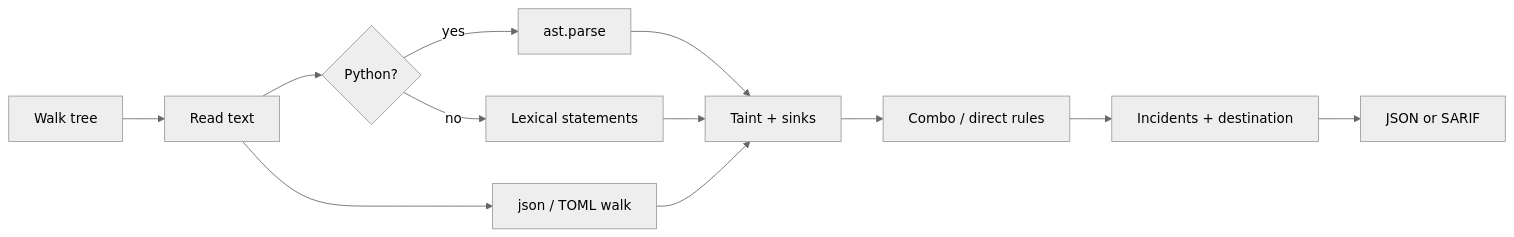
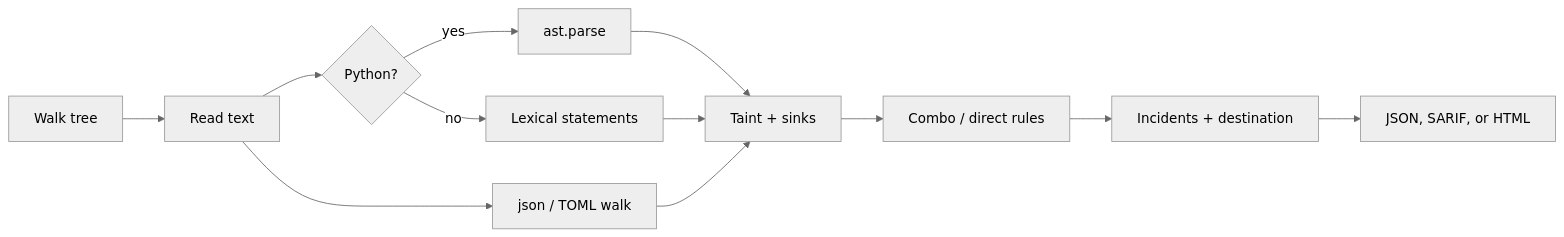
Before and after one commit to schiessti-afk/ShieldCodeScanner: the diagram in README.md, drawn with Mermaid (neutral theme). The commit also changed other lines of this file and 13 other files, not shown here.

````diff
--- a/README.md
+++ b/README.md
@@ -51,14 +51,14 @@
 ```mermaid
 flowchart LR
   A[Walk tree] --> B[Read text]
   B --> C{Python?}
   C -->|yes| D[ast.parse]
   C -->|no| E[Lexical statements]
   B --> F[json / TOML walk]
   D --> G[Taint + sinks]
   E --> G
   F --> G
   G --> H[Combo / direct rules]
   H --> I[Incidents + destination]
-  I --> J[JSON or SARIF]
+  I --> J[JSON, SARIF, or HTML]
 ```
````
